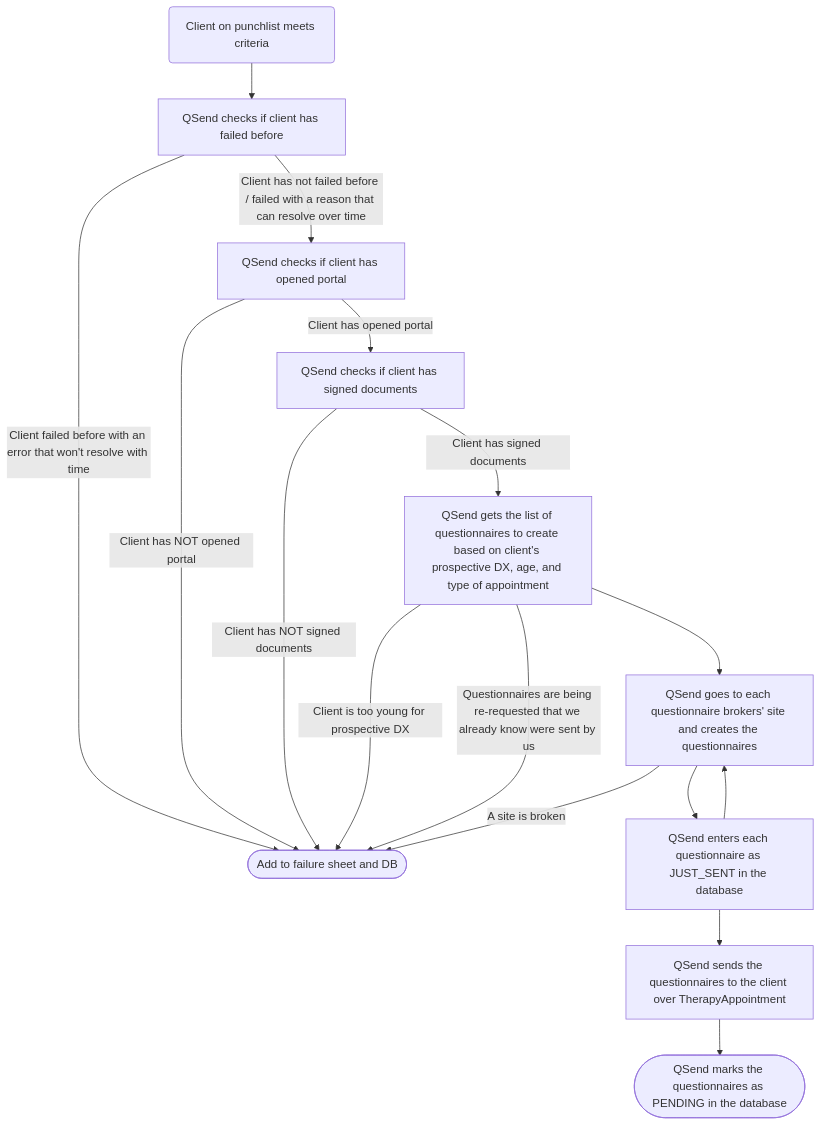
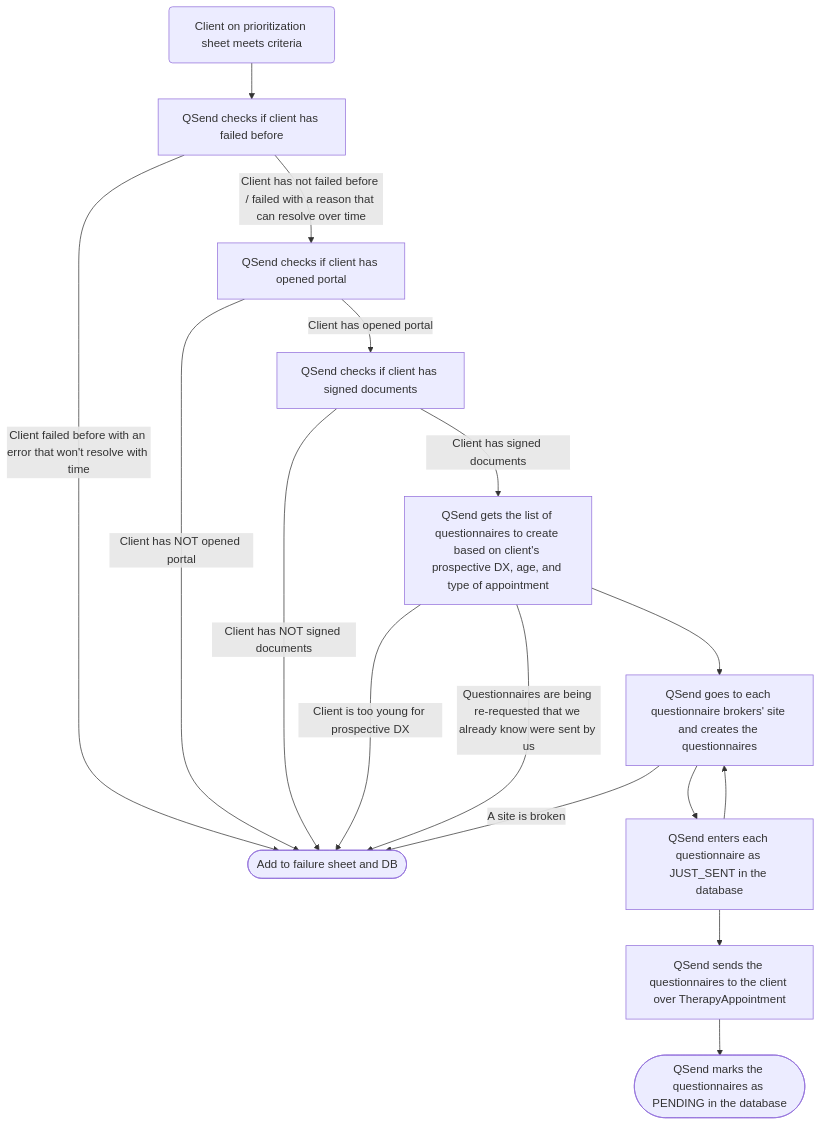
One commit to DriftwoodEval/docs changed the diagram in src/content/docs/programs/questionnaires.mdx. Above: the diagram before and after it, drawn with Mermaid. The commit also changed other lines of this file and 3 other files, not shown here.

````diff
--- a/src/content/docs/programs/questionnaires.mdx
+++ b/src/content/docs/programs/questionnaires.mdx
@@ -35,19 +65,19 @@
 ```mermaid
 flowchart TD
-    punch(Client on punchlist meets criteria) --> failedbefore[QSend checks if client has failed before]
-    failedbefore --> |Client failed before with an error that won't resolve with time| failure
-    failedbefore --> |Client has not failed before / failed with a reason that can resolve over time| portalcheck[QSend checks if client has opened portal]
-    portalcheck --> |Client has NOT opened portal| failure([Add to failure sheet and DB])
-    portalcheck --> |Client has opened portal| doccheck[QSend checks if client has signed documents]
-    doccheck --> |Client has NOT signed documents| failure
-    doccheck --> |Client has signed documents| getquestionnaires[QSend gets the list of questionnaires to create based on client's prospective DX, age, and type of appointment]
-    getquestionnaires --> |Client is too young for prospective DX| failure
-    getquestionnaires --> |Questionnaires are being re-requested that we already know were sent by us| failure
-    getquestionnaires --> genq[QSend goes to each questionnaire brokers' site and creates the questionnaires]
-    genq --> enterindb[QSend enters each questionnaire as JUST_SENT in the database]
-    genq --> |A site is broken| failure
-    enterindb --> genq
-    enterindb --> send[QSend sends the questionnaires to the client over TherapyAppointment]
-    send --> marksent([QSend marks the questionnaires as PENDING in the database])
+    punch(Client on prioritization sheet meets criteria) --> failedBefore[QSend checks if client has failed before]
+    failedBefore --> |Client failed before with an error that won't resolve with time| failure
+    failedBefore --> |Client has not failed before / failed with a reason that can resolve over time| portalCheck[QSend checks if client has opened portal]
+    portalCheck --> |Client has NOT opened portal| failure([Add to failure sheet and DB])
+    portalCheck --> |Client has opened portal| docCheck[QSend checks if client has signed documents]
+    docCheck --> |Client has NOT signed documents| failure
+    docCheck --> |Client has signed documents| getQuestionnaires[QSend gets the list of questionnaires to create based on client's prospective DX, age, and type of appointment]
+    getQuestionnaires --> |Client is too young for prospective DX| failure
+    getQuestionnaires --> |Questionnaires are being re-requested that we already know were sent by us| failure
+    getQuestionnaires --> genQ[QSend goes to each questionnaire brokers' site and creates the questionnaires]
+    genQ --> enterInDB[QSend enters each questionnaire as JUST_SENT in the database]
+    genQ --> |A site is broken| failure
+    enterInDB --> genQ
+    enterInDB --> send[QSend sends the questionnaires to the client over TherapyAppointment]
+    send --> markSent([QSend marks the questionnaires as PENDING in the database])
 
 ```
````
